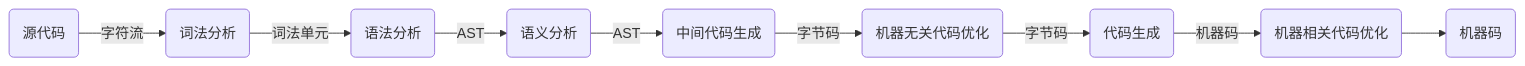
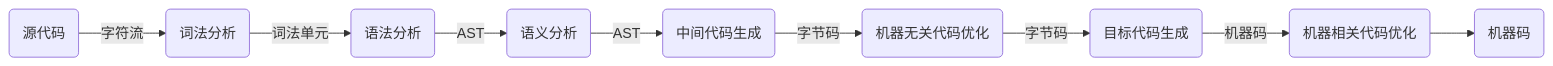
Before and after one commit to Mrlyk/Mrlyk: the diagram in JS 核心知识点/JS 编译过程/AST.md, drawn with Mermaid. The commit also changed 9 other files, not shown here.

````diff
--- a/JS 核心知识点/JS 编译过程/AST.md
+++ b/JS 核心知识点/JS 编译过程/AST.md
@@ -11,11 +11,11 @@
 ```mermaid
 graph LR
 A(源代码)--字符流-->B(词法分析)
 B--词法单元-->C(语法分析)
 C--AST-->D(语义分析)
 D--AST-->E(中间代码生成)
 E--字节码-->F(机器无关代码优化)
-F--字节码-->G(代码生成)
+F--字节码-->G(目标代码生成)
 G--机器码-->H(机器相关代码优化)
 H-->I(机器码)
 ```
````
